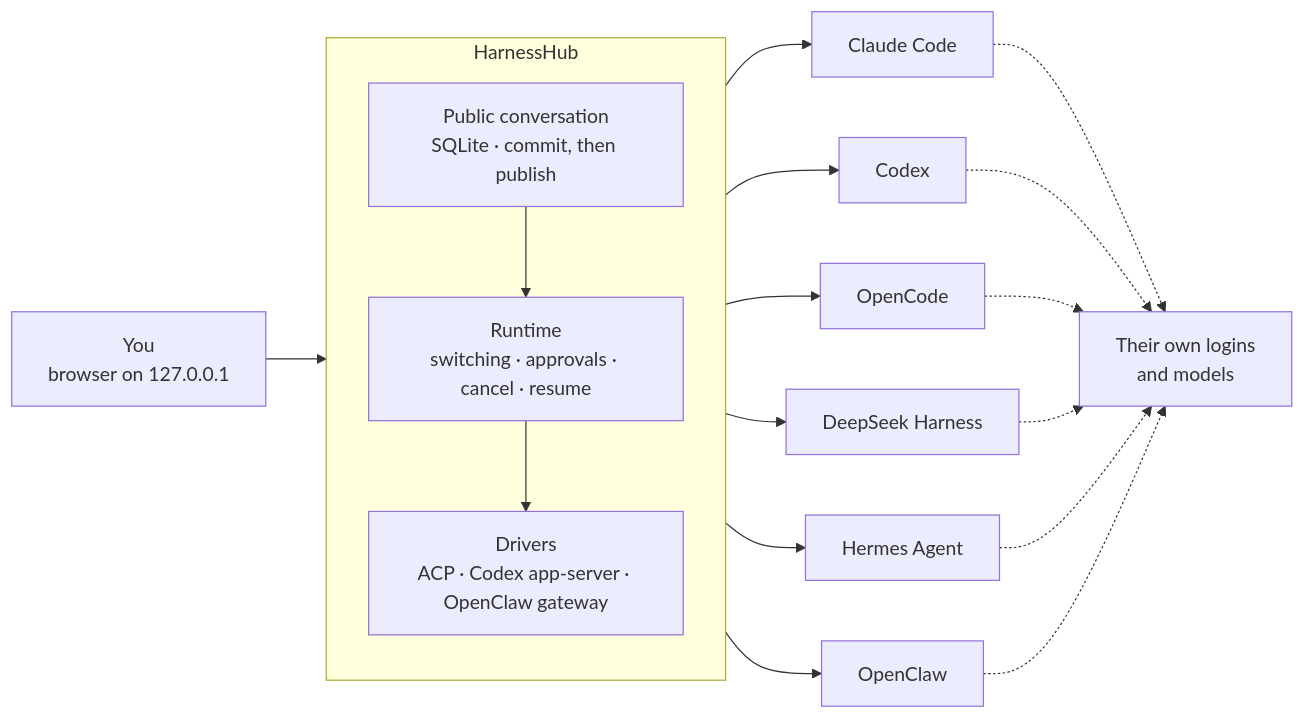
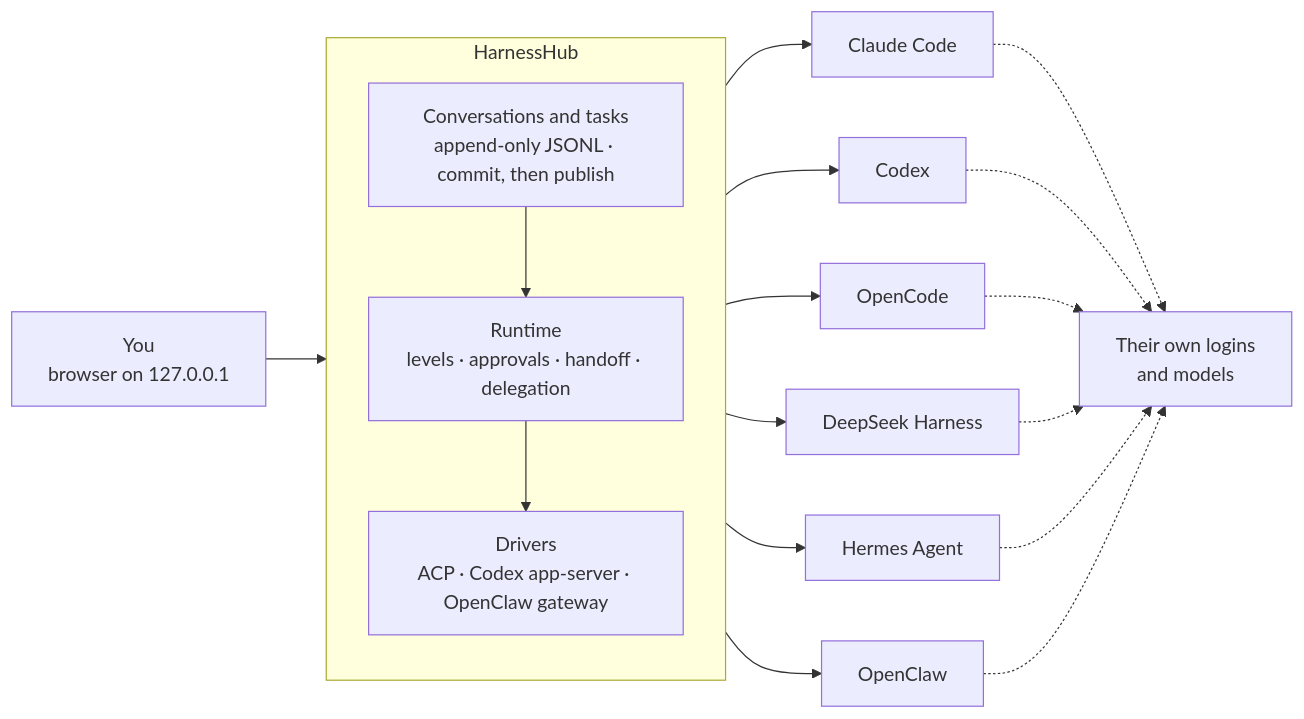
Before and after one commit to wyzz973/HarnessHub: the diagram in README.md, drawn with Mermaid. The commit also changed other lines of this file and 7 other files, not shown here.

Commit message:
docs: the README, its Chinese version and a new feature list say what HarnessHub does today — six harnesses at five levels, handoff and delegation over a task's record, the workbench for code — with the evidence for each and what is not done; the older pages say they are snapshots

````diff
--- a/README.md
+++ b/README.md
@@ -82,16 +96,16 @@
 ```mermaid
 flowchart LR
     You["You<br/>browser on 127.0.0.1"] --> Hub
 
     subgraph Hub["HarnessHub"]
         direction TB
-        S["Public conversation<br/>SQLite · commit, then publish"]
-        R["Runtime<br/>switching · approvals · cancel · resume"]
+        S["Conversations and tasks<br/>append-only JSONL · commit, then publish"]
+        R["Runtime<br/>levels · approvals · handoff · delegation"]
         D["Drivers<br/>ACP · Codex app-server · OpenClaw gateway"]
         S --> R --> D
     end
 
     D --> CC["Claude Code"] & CX["Codex"] & OC["OpenCode"] & DS["DeepSeek Harness"] & HE["Hermes Agent"] & CL["OpenClaw"]
 
     CC & CX & OC & DS & HE & CL -.-> M["Their own logins<br/>and models"]
 ```
````
